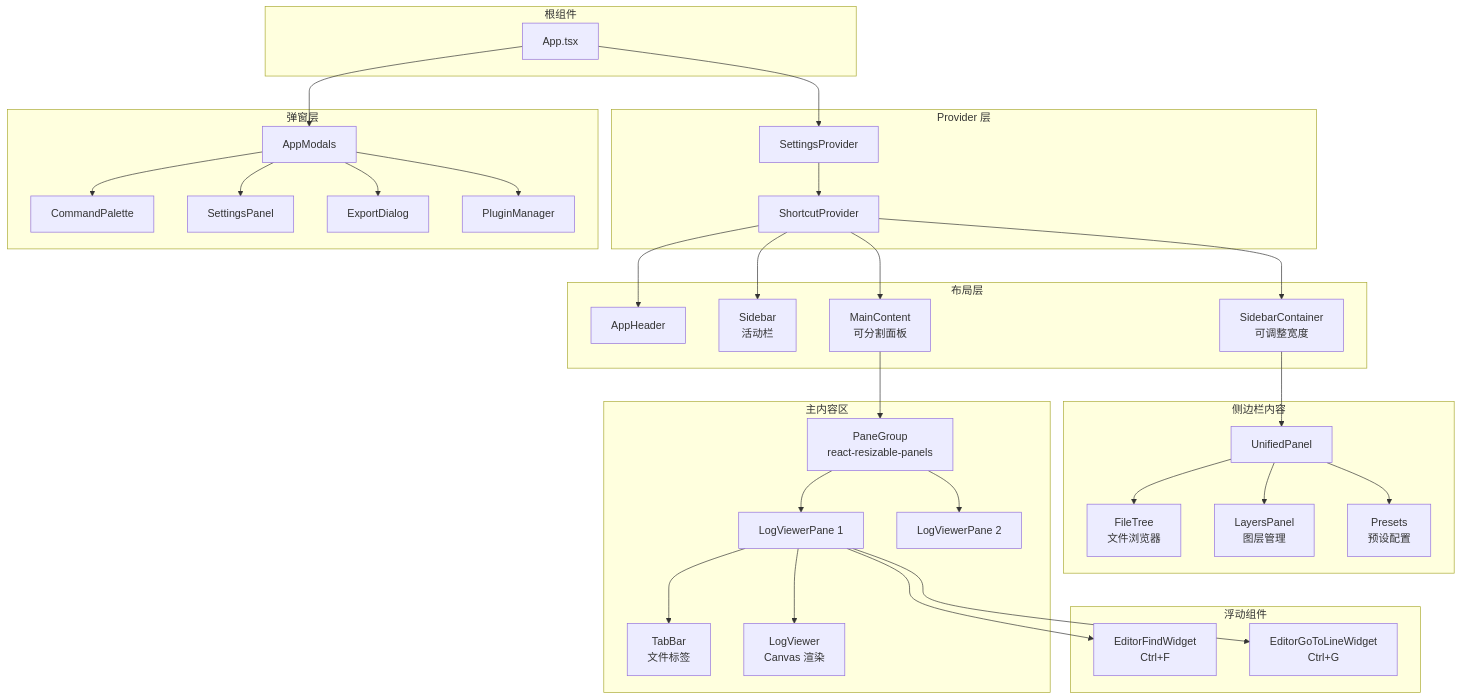
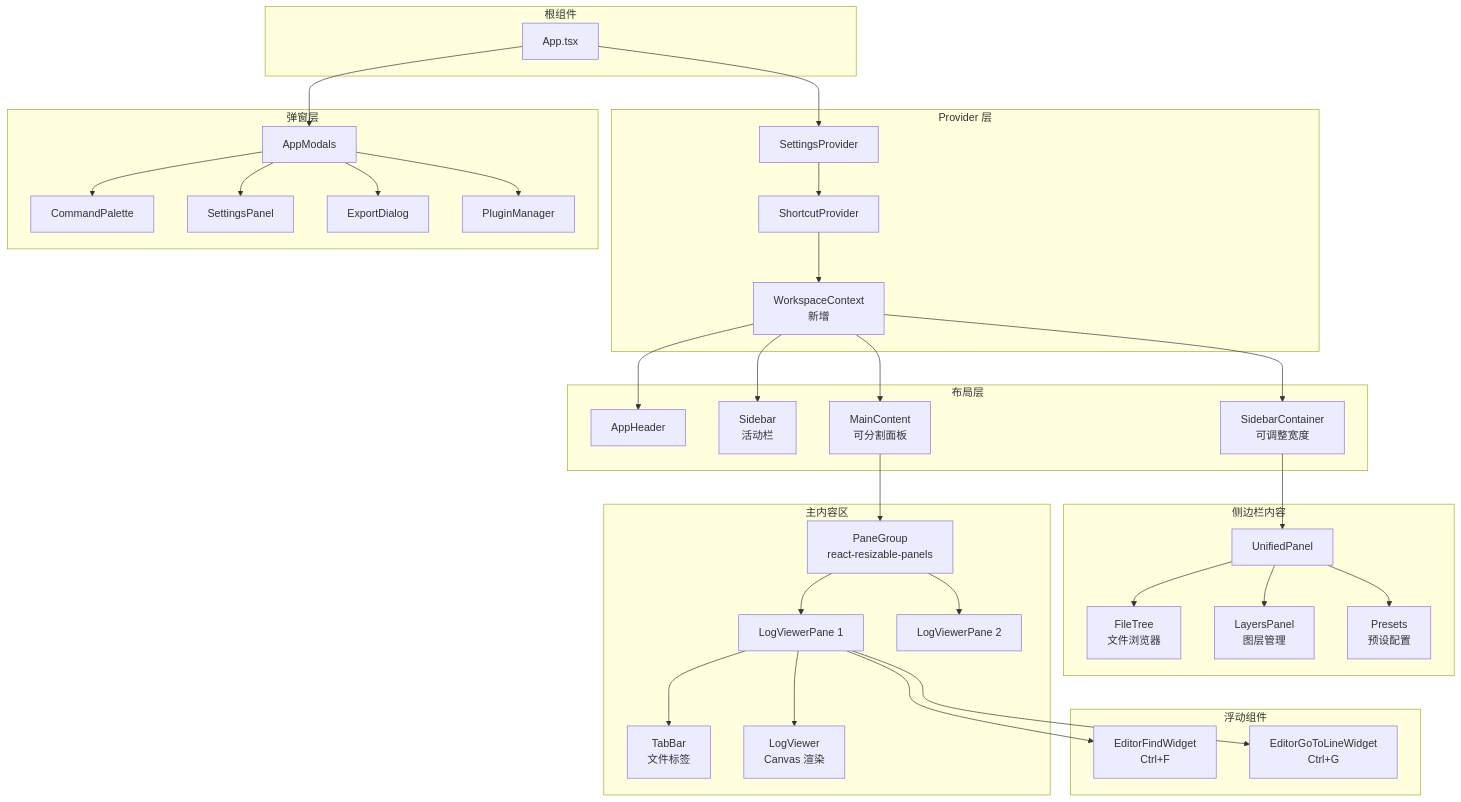
Before and after one commit to qmjianda/loglayer: the eighth of 25 diagrams in megatron_mermaid.md, drawn with Mermaid. The commit also changed other lines of this file, not shown here.

First line of the commit message:
docs: update architecture diagram for OOP refactoring

````diff
--- a/megatron_mermaid.md
+++ b/megatron_mermaid.md
@@ -442,73 +490,75 @@
 ```mermaid
 graph TB
     subgraph "根组件"
         APP[App.tsx]
     end
     
     subgraph "Provider 层"
         SETTINGS[SettingsProvider]
         SHORTCUTS[ShortcutProvider]
+        WORKSPACE[WorkspaceContext<br/>新增]
     end
     
     subgraph "布局层"
         HEADER[AppHeader]
         SIDEBAR[Sidebar<br/>活动栏]
         SIDEBAR_PANEL[SidebarContainer<br/>可调整宽度]
         MAIN[MainContent<br/>可分割面板]
     end
     
     subgraph "侧边栏内容"
         UNIFIED[UnifiedPanel]
         FILE_TREE[FileTree<br/>文件浏览器]
         LAYERS_PANEL[LayersPanel<br/>图层管理]
         PRESETS[Presets<br/>预设配置]
     end
     
     subgraph "主内容区"
         PANE_GROUP[PaneGroup<br/>react-resizable-panels]
         PANE1[LogViewerPane 1]
         PANE2[LogViewerPane 2]
         TABBAR[TabBar<br/>文件标签]
         LOGVIEWER[LogViewer<br/>Canvas 渲染]
     end
     
     subgraph "浮动组件"
         FIND[EditorFindWidget<br/>Ctrl+F]
         GOTOLINE[EditorGoToLineWidget<br/>Ctrl+G]
     end
     
     subgraph "弹窗层"
         MODALS[AppModals]
         CMD_PALETTE[CommandPalette]
         SETTINGS_PANEL[SettingsPanel]
         EXPORT[ExportDialog]
         PLUGIN[PluginManager]
     end
     
     APP --> SETTINGS
     SETTINGS --> SHORTCUTS
-    SHORTCUTS --> HEADER
-    SHORTCUTS --> SIDEBAR
-    SHORTCUTS --> SIDEBAR_PANEL
-    SHORTCUTS --> MAIN
+    SHORTCUTS --> WORKSPACE
+    WORKSPACE --> HEADER
+    WORKSPACE --> SIDEBAR
+    WORKSPACE --> SIDEBAR_PANEL
+    WORKSPACE --> MAIN
     
     SIDEBAR_PANEL --> UNIFIED
     UNIFIED --> FILE_TREE
     UNIFIED --> LAYERS_PANEL
     UNIFIED --> PRESETS
     
     MAIN --> PANE_GROUP
     PANE_GROUP --> PANE1
     PANE_GROUP --> PANE2
     
     PANE1 --> TABBAR
     PANE1 --> LOGVIEWER
     PANE1 --> FIND
     PANE1 --> GOTOLINE
     
     APP --> MODALS
     MODALS --> CMD_PALETTE
     MODALS --> SETTINGS_PANEL
     MODALS --> EXPORT
     MODALS --> PLUGIN
 ```
````
